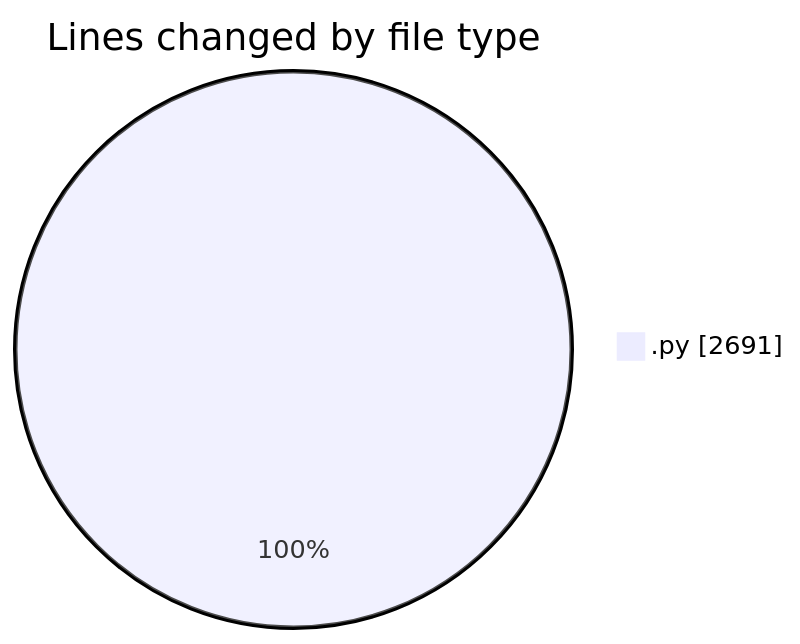
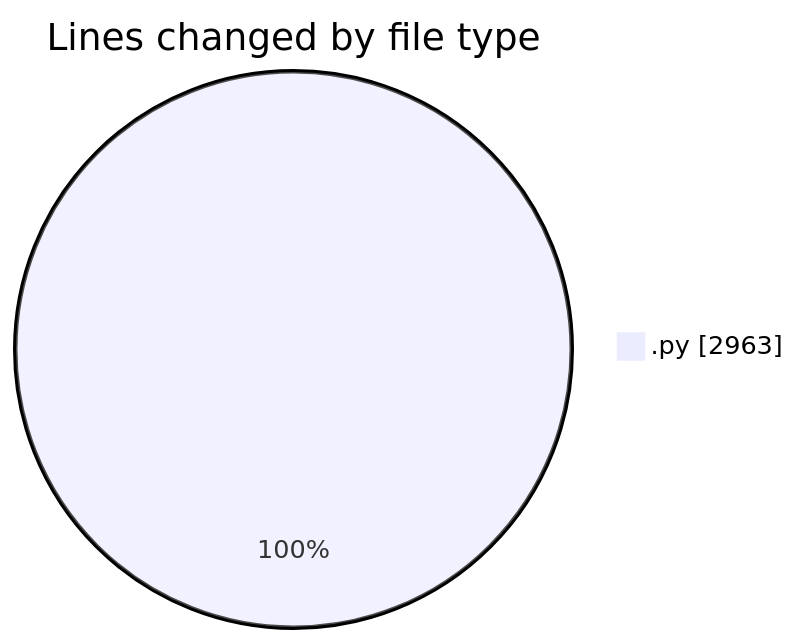
One commit to julien-gomy/code-tracking changed the first of 2 diagrams in 2025-11-25/eventscop-api-guide__workspace_/README.md. Above: the diagram before and after it, drawn with Mermaid. The commit also changed other lines of this file and 1 other file, not shown here.

````diff
--- a/2025-11-25/eventscop-api-guide__workspace_/README.md
+++ b/2025-11-25/eventscop-api-guide__workspace_/README.md
@@ -25,5 +26,5 @@
 ```mermaid
 pie showData
 title Lines changed by file type
-".py" : 2691
+".py" : 2963
 ```
````
